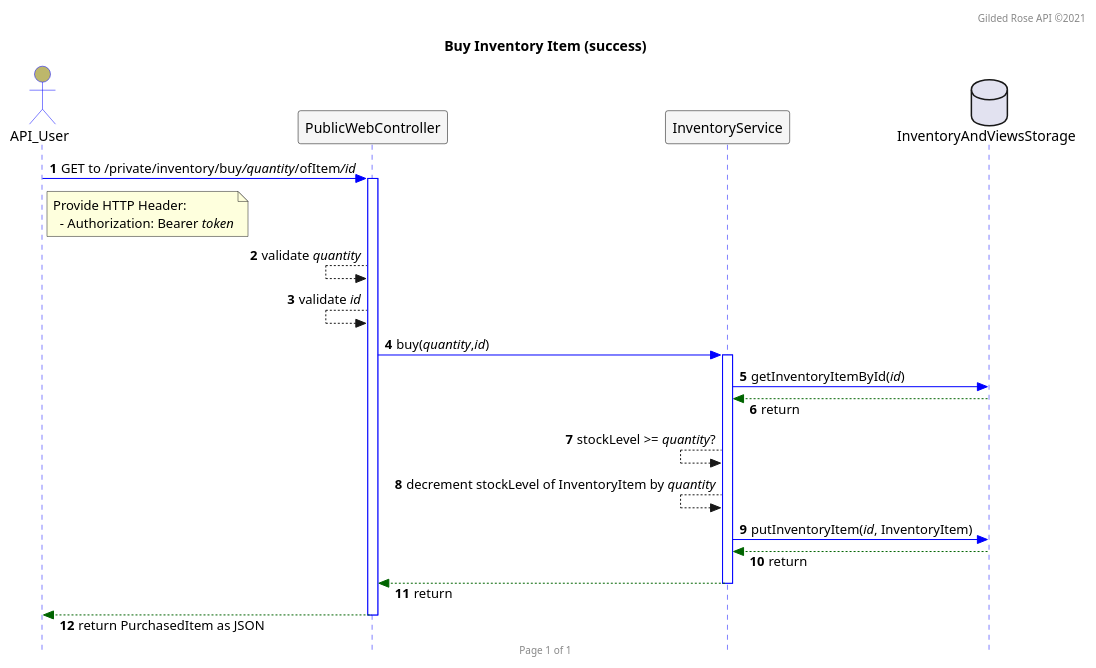
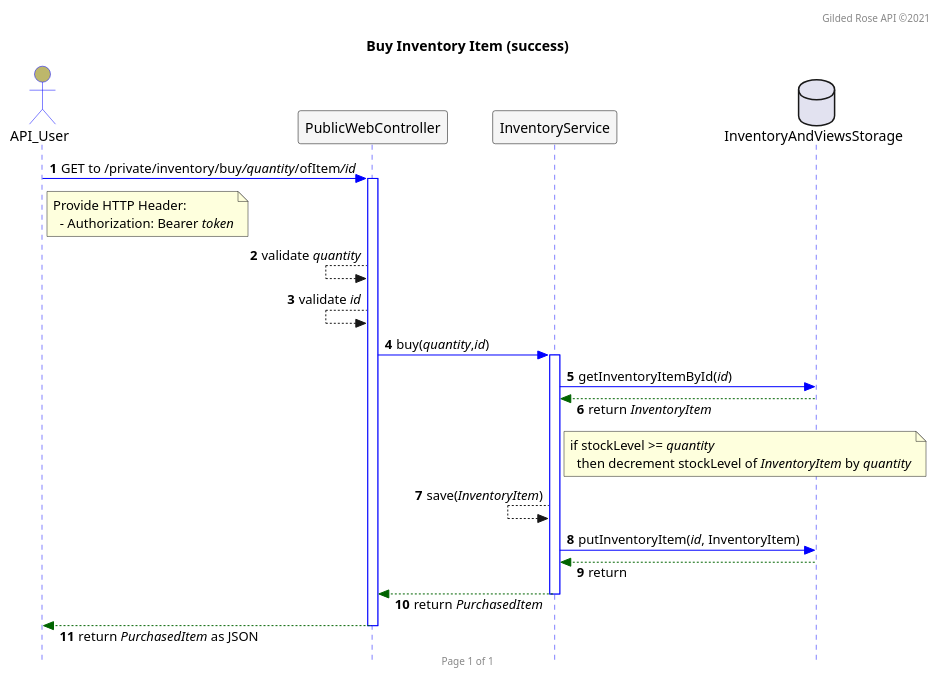
Before and after one commit to bladewheels/GildedRoseAPI: the diagram in src/main/resources/seq.buy.puml, drawn with PlantUML. The commit also changed 3 other files, not shown here.

Commit message:
Update UML Sequence Diagram for buy() and add unversioned files.

```diff
--- a/src/main/resources/seq.buy.puml
+++ b/src/main/resources/seq.buy.puml
@@ -2,48 +2,51 @@
 @startuml
 
 autonumber
 header Gilded Rose API ©2021
 footer Page 1 of 1
 hide footbox
 
 skinparam responseMessageBelowArrow true
 skinparam sequence {
   ActorBackgroundColor DarkKhaki
   ActorBorderColor Blue
   DatabaseBackgroundColor Gray
   DatabaseBorderColor Black
   LifeLineBorderColor Blue
   ParticipantBackgroundColor WhiteSmoke
   ParticipantBorderColor Black
 }
 skinparam style strictuml
 
 title Buy Inventory Item (success)
 
 actor API_User
 participant PublicWebController
 participant InventoryService
 database InventoryAndViewsStorage
 
 API_User -[#0000FF]> PublicWebController : GET to /private/inventory/buy///quantity///ofItem///id//
 note right of API_User
  Provide HTTP Header:
    - Authorization: Bearer //token//
 end note
 activate PublicWebController
 PublicWebController <-- PublicWebController : validate //quantity//
 PublicWebController <-- PublicWebController : validate //id//
 PublicWebController -[#0000FF]> InventoryService : buy(//quantity//,//id//)
 activate InventoryService
 InventoryService -[#0000FF]> InventoryAndViewsStorage : getInventoryItemById(//id//)
-InventoryService <[#DarkGreen]-- InventoryAndViewsStorage : return
-InventoryService <-- InventoryService : stockLevel >= //quantity//?
-InventoryService <-- InventoryService : decrement stockLevel of InventoryItem by //quantity//
+InventoryService <[#DarkGreen]-- InventoryAndViewsStorage : return //InventoryItem//
+note right of InventoryService
+ if stockLevel >= //quantity//
+   then decrement stockLevel of //InventoryItem// by //quantity//
+end note
+InventoryService <-- InventoryService : save(//InventoryItem//)
 InventoryService -[#0000FF]> InventoryAndViewsStorage : putInventoryItem(//id//, InventoryItem)
 InventoryService <[#DarkGreen]-- InventoryAndViewsStorage : return
-PublicWebController <[#DarkGreen]-- InventoryService : return
+PublicWebController <[#DarkGreen]-- InventoryService : return //PurchasedItem//
 deactivate InventoryService
-API_User <[#DarkGreen]-- PublicWebController : return PurchasedItem as JSON
+API_User <[#DarkGreen]-- PublicWebController : return //PurchasedItem// as JSON
 deactivate PublicWebController
 
 @enduml
```
